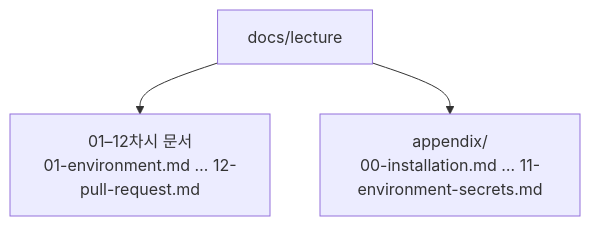
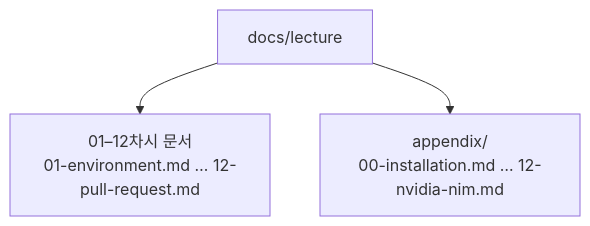
One commit to qus0in-factory/learn changed the second of 2 diagrams in docs/lecture/index.md. Above: the diagram before and after it, drawn with Mermaid. The commit also changed other lines of this file and 8 other files, not shown here.

Commit message:
docs(learn): add NVIDIA NIM connection appendix (#67)

````diff
--- a/docs/lecture/index.md
+++ b/docs/lecture/index.md
@@ -79,5 +80,5 @@
 ```mermaid
 flowchart TD
     L["docs/lecture"] --> C["01–12차시 문서<br/>01-environment.md … 12-pull-request.md"]
-    L --> A["appendix/<br/>00-installation.md … 11-environment-secrets.md"]
+    L --> A["appendix/<br/>00-installation.md … 12-nvidia-nim.md"]
 ```
````
